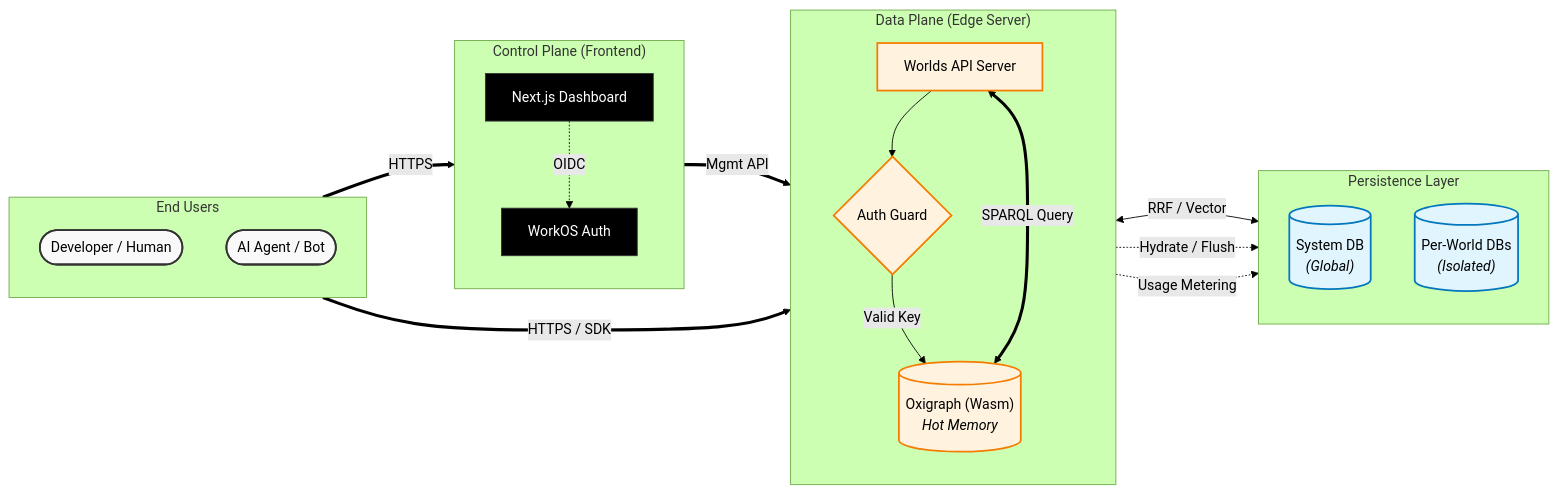
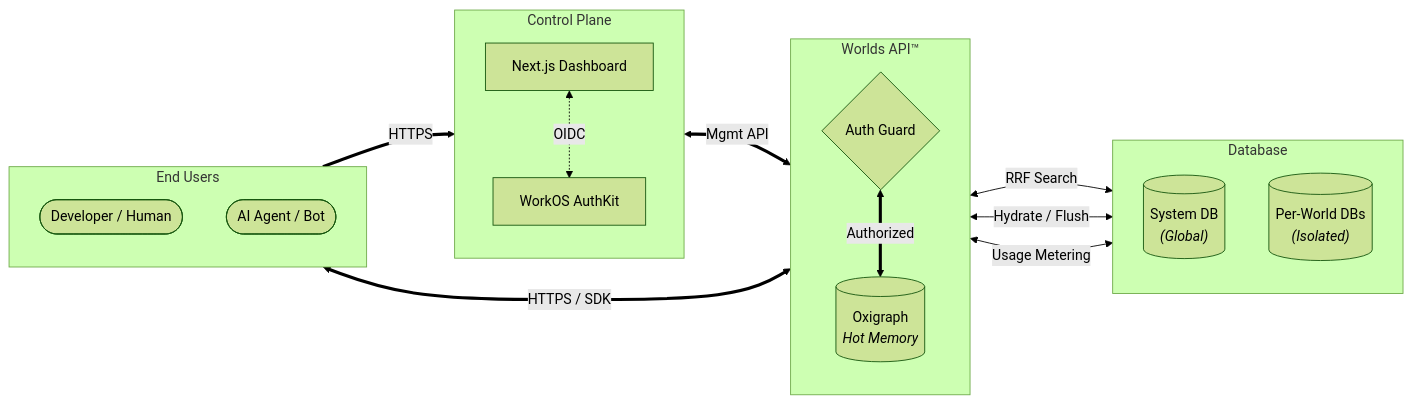
Before and after one commit to EthanThatOneKid/worlds-design: the diagram in README.md, drawn with Mermaid (forest theme). The commit also changed other lines of this file and 5 other files, not shown here.

First line of the commit message:
Add Worlds API abstract, schemas

````diff
--- a/README.md
+++ b/README.md
@@ -81,52 +83,44 @@
 ```mermaid
 graph LR
-    %% Styles
-    classDef actor fill:#f9f9f9,stroke:#333,stroke-width:2px;
-    classDef control fill:#000,stroke:#333,color:#fff;
-    classDef edge fill:#fff3e0,stroke:#f57c00,stroke-width:2px;
-    classDef store fill:#e1f5fe,stroke:#0277bd,stroke-width:2px;
-
     subgraph Users ["End Users"]
         direction TB
-        Dev([Developer / Human]):::actor
-        Agent([AI Agent / Bot]):::actor
+        Dev([Developer / Human])
+        Agent([AI Agent / Bot])
     end
 
-    subgraph Control ["Control Plane (Frontend)"]
+    subgraph Control ["Control Plane"]
         direction TB
-        Next[Next.js Dashboard]:::control
-        WorkOS[WorkOS Auth]:::control
+        Next[Next.js Dashboard]
+        WorkOS[WorkOS AuthKit]
     end
 
-    subgraph Edge ["Data Plane (Edge Server)"]
+    subgraph Edge ["Worlds API™"]
         direction TB
-        API[Worlds API Server]:::edge
-        Guard{Auth Guard}:::edge
-        Oxi[("Oxigraph (Wasm)<br/><i>Hot Memory</i>")]:::edge
+        Guard{Auth Guard}
+
+        Oxi[("Oxigraph<br/><i>Hot Memory</i>")]
     end
 
-    subgraph Storage ["Persistence Layer"]
+    subgraph Storage ["Database"]
         direction TB
-        SysDB[("System DB<br/><i>(Global)</i>")]:::store
-        WorldDB[("Per-World DBs<br/><i>(Isolated)</i>")]:::store
+        SysDB[("System DB<br/><i>(Global)</i>")]
+        WorldDB[("Per-World DBs<br/><i>(Isolated)</i>")]
     end
 
     %% Human/Control Flow
     Dev ==>|HTTPS| Next
-    Next -.->|OIDC| WorkOS
-    Next ==>|Mgmt API| API
+    Next <-.->|OIDC| WorkOS
+    Next <==>|Mgmt API| Guard
 
     %% Agent/Data Flow
-    Agent ==>|HTTPS / SDK| API
-    
-    API --> Guard
-    Guard -->|Valid Key| Oxi
+    Agent <==>|HTTPS / SDK| Guard
+    Guard <==>|Authorized| Oxi
     
     %% Internal Processing
-    Oxi <==>|SPARQL Query| API
-    API <-->|RRF / Vector| WorldDB
+
+    Oxi <-->|RRF Search| WorldDB
     
     %% State Management
-    Oxi -.->|Hydrate / Flush| WorldDB
-    API -.->|Usage Metering| SysDB
+    Oxi <-->|Hydrate / Flush| WorldDB
+    Guard <-->|Usage Metering| SysDB
 ```
````
